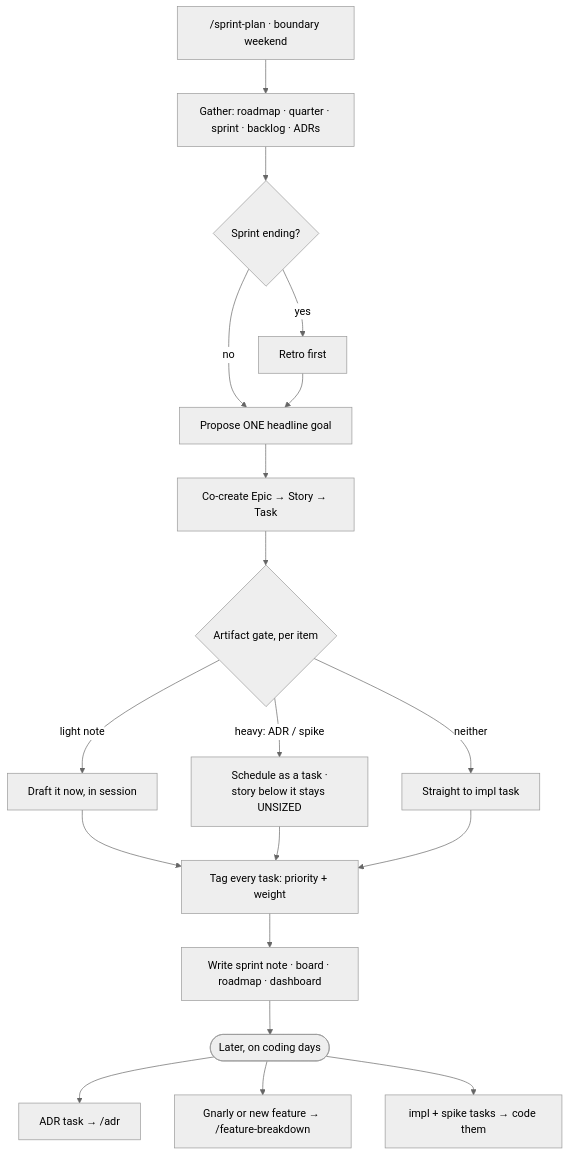
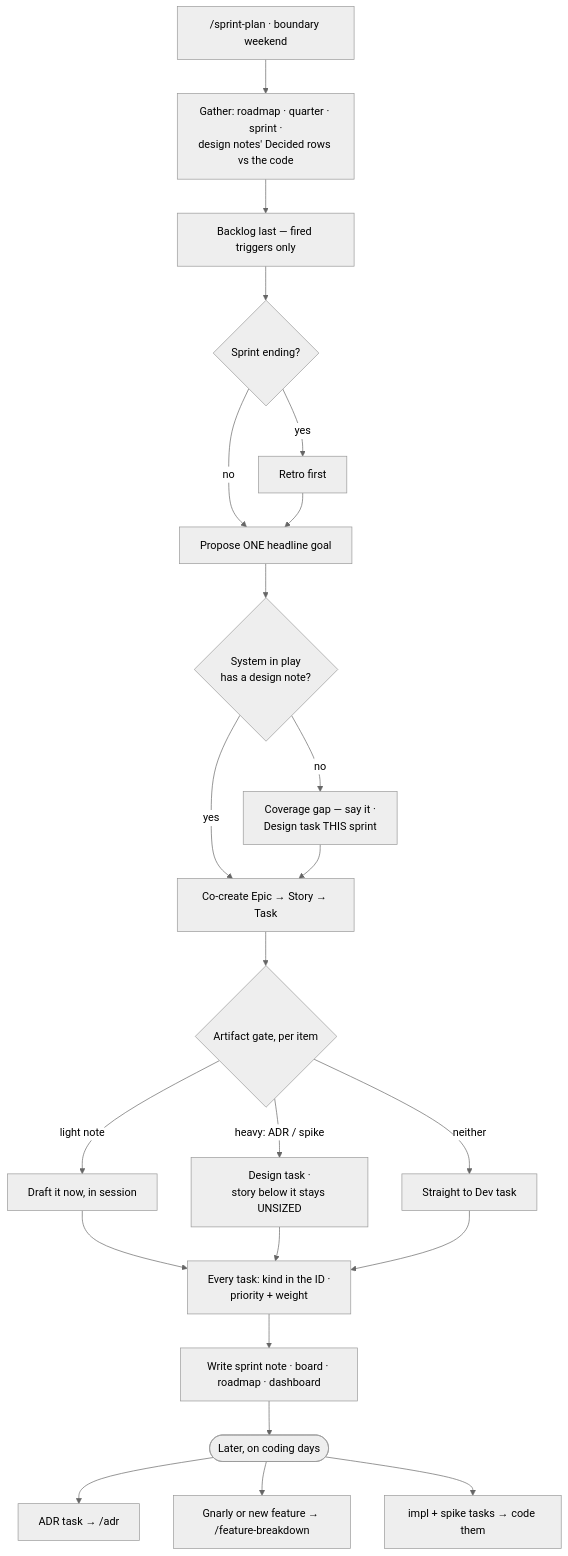
Before and after one commit to techattackteam/TechEngine-vault: the diagram in 06 Sprints/Planning Workflow — Artifact Gate.md, drawn with Mermaid (neutral theme). The commit also changed other lines of this file and 17 other files, not shown here.

````diff
--- a/06 Sprints/Planning Workflow — Artifact Gate.md
+++ b/06 Sprints/Planning Workflow — Artifact Gate.md
@@ -135,21 +217,25 @@
 ```mermaid
 flowchart TD
-    A["/sprint-plan · boundary weekend"] --> B["Gather: roadmap · quarter · sprint · backlog · ADRs"]
-    B --> C{"Sprint ending?"}
+    A["/sprint-plan · boundary weekend"] --> B["Gather: roadmap · quarter · sprint ·<br/>design notes' Decided rows vs the code"]
+    B --> B2["Backlog last — fired triggers only"]
+    B2 --> C{"Sprint ending?"}
     C -->|yes| D["Retro first"]
     C -->|no| E["Propose ONE headline goal"]
     D --> E
-    E --> F["Co-create Epic → Story → Task"]
+    E --> E2{"System in play<br/>has a design note?"}
+    E2 -->|no| E3["Coverage gap — say it ·<br/>Design task THIS sprint"]
+    E2 -->|yes| F["Co-create Epic → Story → Task"]
+    E3 --> F
     F --> G{"Artifact gate, per item"}
     G -->|light note| H["Draft it now, in session"]
-    G -->|"heavy: ADR / spike"| I["Schedule as a task ·<br/>story below it stays UNSIZED"]
-    G -->|neither| J["Straight to impl task"]
-    H --> K["Tag every task: priority + weight"]
+    G -->|"heavy: ADR / spike"| I["Design task ·<br/>story below it stays UNSIZED"]
+    G -->|neither| J["Straight to Dev task"]
+    H --> K["Every task: kind in the ID ·<br/>priority + weight"]
     I --> K
     J --> K
     K --> L["Write sprint note · board · roadmap · dashboard"]
     L --> M(["Later, on coding days"])
     M --> N["ADR task → /adr"]
     M --> O["Gnarly or new feature → /feature-breakdown"]
     M --> P["impl + spike tasks → code them"]
 ```
````
